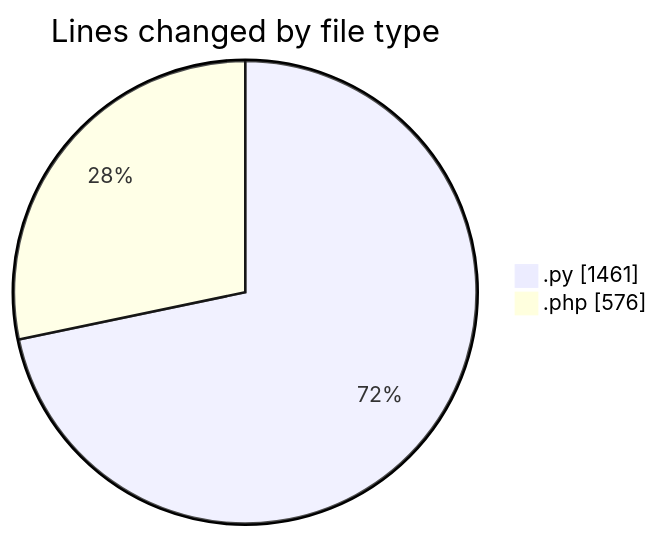
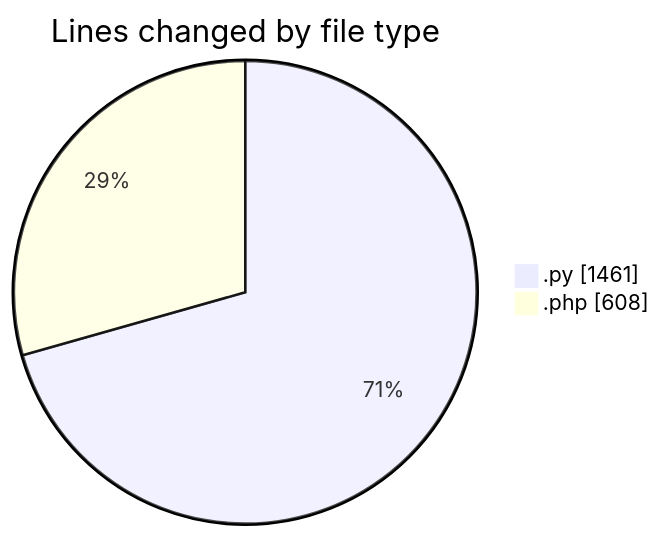
The first of 2 diagrams in 2026-07-06/wp-content/README.md (debugP/code-tracking), drawn with Mermaid before and after one commit. The commit also changed other lines of this file and 1 other file, not shown here.

````diff
--- a/2026-07-06/wp-content/README.md
+++ b/2026-07-06/wp-content/README.md
@@ -22,6 +22,6 @@
 ```mermaid
 pie showData
 title Lines changed by file type
 ".py" : 1461
-".php" : 576
+".php" : 608
 ```
````
